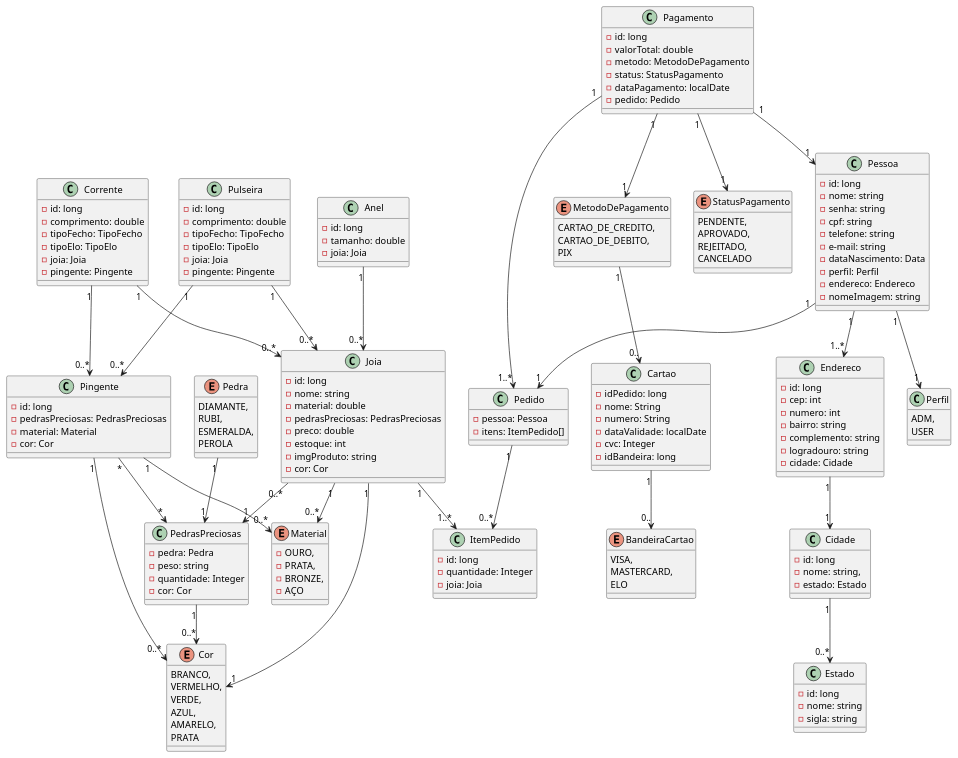
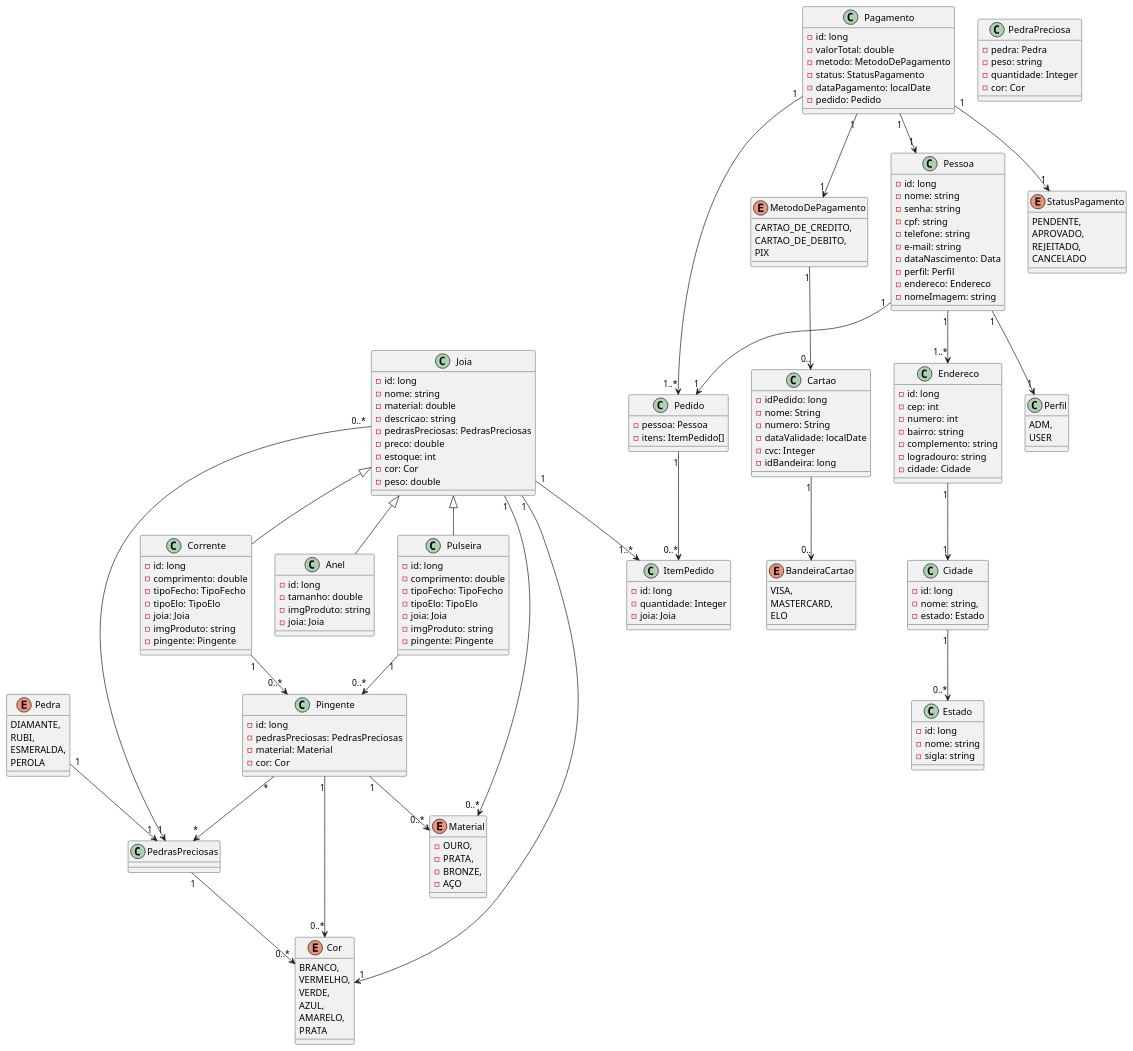
One commit to ThiagoShowza/back-end-topicos2 changed the diagram in src/main/resources/docs/diagrama.plantuml. Above: the diagram before and after it, drawn with PlantUML. The commit also changed 8 other files, not shown here.

Commit message:
Atualizacao dos models, e diagrama UML

```diff
--- a/src/main/resources/docs/diagrama.plantuml
+++ b/src/main/resources/docs/diagrama.plantuml
@@ -4,42 +4,46 @@
     - id: long
     - nome: string
     - material: double
+    - descricao: string
     - pedrasPreciosas: PedrasPreciosas
     - preco: double
     - estoque: int
-    - imgProduto: string
     - cor: Cor
+    - peso: double
 }
 
 class Pulseira {
-      - id: long
-      - comprimento: double
-      - tipoFecho: TipoFecho
-      - tipoElo: TipoElo
-      - joia: Joia
-      - pingente: Pingente
+    - id: long
+    - comprimento: double
+    - tipoFecho: TipoFecho
+    - tipoElo: TipoElo
+    - joia: Joia
+    - imgProduto: string
+    - pingente: Pingente
 }
 
 class Corrente {
-      - id: long
-      - comprimento: double
-      - tipoFecho: TipoFecho
-      - tipoElo: TipoElo
-      - joia: Joia
-      - pingente: Pingente
+    - id: long
+    - comprimento: double
+    - tipoFecho: TipoFecho
+    - tipoElo: TipoElo
+    - joia: Joia
+    - imgProduto: string
+    - pingente: Pingente
 }
 
 class Anel {
-      - id: long
-      - tamanho: double
-      - joia: Joia
+    - id: long
+    - tamanho: double
+    - imgProduto: string
+    - joia: Joia
 }
 
 class Pingente {
-      - id: long
-      - pedrasPreciosas: PedrasPreciosas
-      - material: Material
-      - cor: Cor
+    - id: long
+    - pedrasPreciosas: PedrasPreciosas
+    - material: Material
+    - cor: Cor
 }
 
 
@@ -50,7 +54,7 @@
     - AÇO
 }
 
-class PedrasPreciosas{
+class PedraPreciosa{
     - pedra: Pedra
     - peso: string
     - quantidade: Integer
@@ -164,6 +168,13 @@
     - sigla: string
 }
 
+
+Joia <|-- Pulseira
+
+Joia <|-- Anel
+
+Joia <|-- Corrente
+
 Pingente "1" --> "0..*" Cor
 
 Pingente "1" --> "0..*" Material
@@ -173,12 +184,6 @@
 Pulseira "1" --> "0..*" Pingente
 
 Corrente "1" --> "0..*" Pingente
-
-Corrente "1" --> "0..*" Joia
-
-Anel "1" --> "0..*" Joia
-
-Pulseira "1" --> "0..*" Joia
 
 Joia "1" --> "1..*" ItemPedido
 
```
